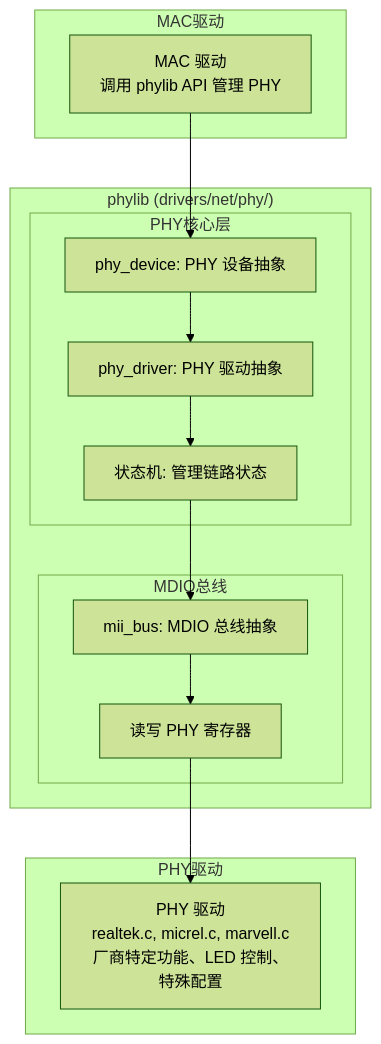
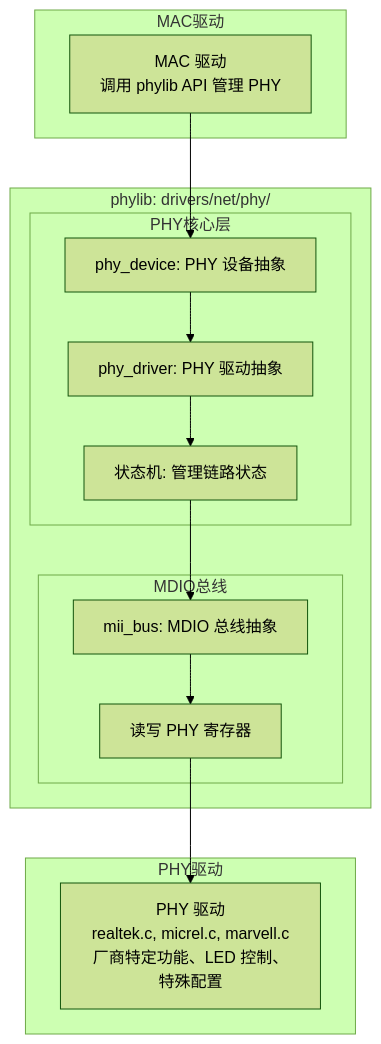
The fifth of 5 diagrams in content/articles/linux/linux-58-以太网与PHY驱动开发.md (jpixy/jpixy.github.io), drawn with Mermaid (forest theme) before and after one commit. The commit also changed 66 other files, not shown here.

Commit message:
fix: resolve Mermaid syntax errors by removing parentheses in node labels

````diff
--- a/content/articles/linux/linux-58-以太网与PHY驱动开发.md
+++ b/content/articles/linux/linux-58-以太网与PHY驱动开发.md
@@ -516,30 +516,30 @@
 ```mermaid
 graph TB
     subgraph MAC驱动
         A[MAC 驱动<br>调用 phylib API 管理 PHY]
     end
 
-    subgraph phylib["phylib (drivers/net/phy/)"]
+    subgraph phylib["phylib: drivers/net/phy/"]
         subgraph PHY核心层
             B1[phy_device: PHY 设备抽象]
             B2[phy_driver: PHY 驱动抽象]
             B3[状态机: 管理链路状态]
         end
 
         subgraph MDIO总线
             C1[mii_bus: MDIO 总线抽象]
             C2[读写 PHY 寄存器]
         end
     end
 
     subgraph PHY驱动
         D[PHY 驱动<br>realtek.c, micrel.c, marvell.c<br>厂商特定功能、LED 控制、特殊配置]
     end
 
     A --> B1
     B1 --> B2
     B2 --> B3
     B3 --> C1
     C1 --> C2
     C2 --> D
 ```
````
